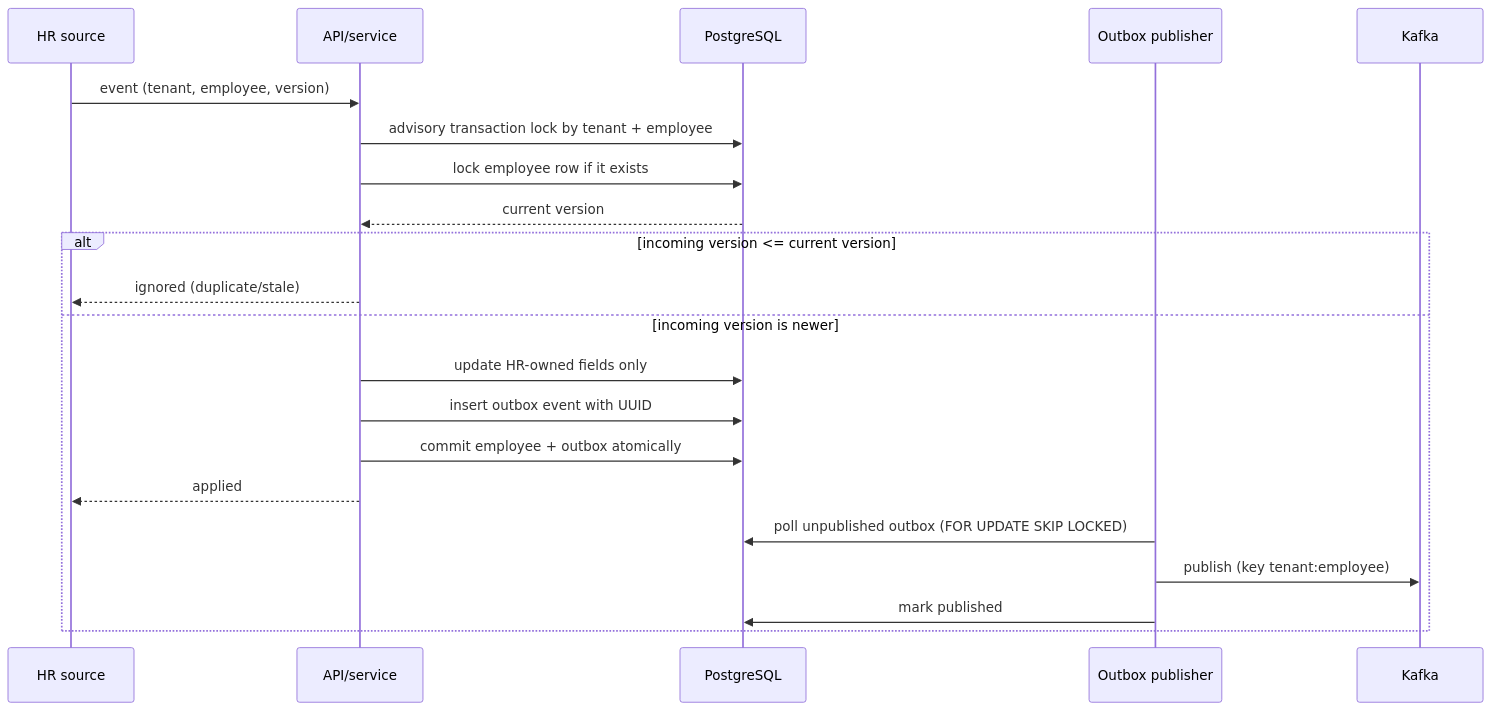
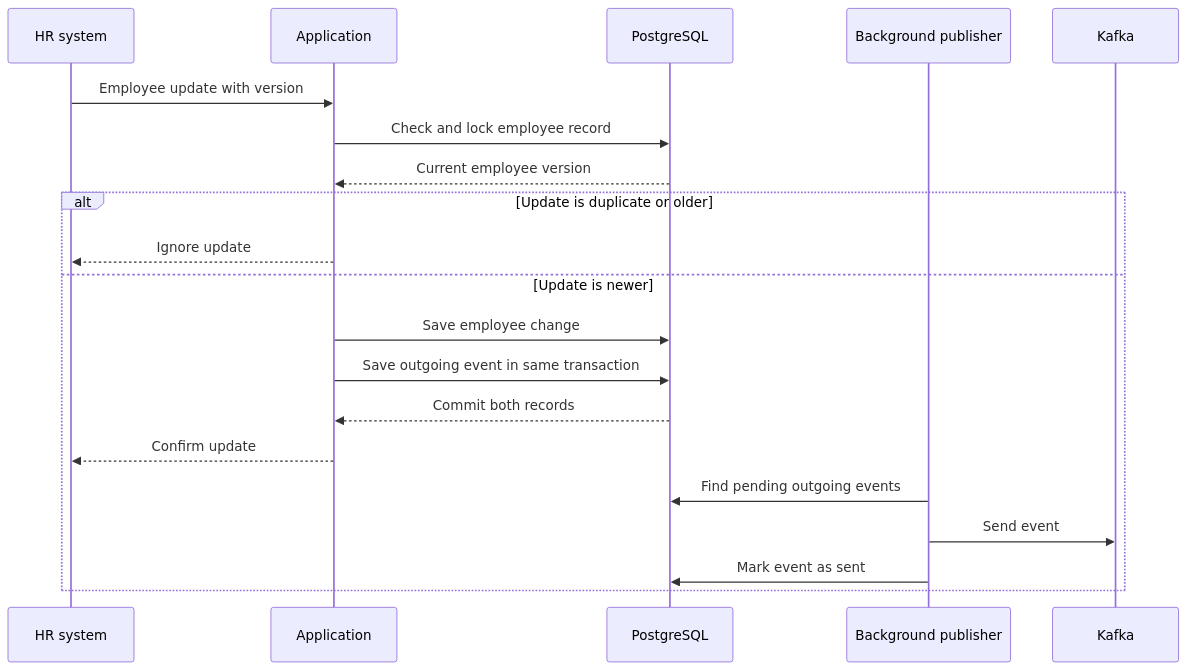
The second of 2 diagrams in docs/DESIGN.md (swetak0911/hr-roster-sync), drawn with Mermaid before and after one commit. The commit also changed other lines of this file, not shown here.

Commit message:
docs: simplify system design explanation

````diff
--- a/docs/DESIGN.md
+++ b/docs/DESIGN.md
@@ -34,23 +120,22 @@
 ```mermaid
 sequenceDiagram
-  participant HR as HR source
-  participant API as API/service
+  participant HR as HR system
+  participant API as Application
   participant DB as PostgreSQL
-  participant P as Outbox publisher
-  participant K as Kafka
-  HR->>API: event (tenant, employee, version)
-  API->>DB: advisory transaction lock by tenant + employee
-  API->>DB: lock employee row if it exists
-  DB-->>API: current version
-  alt incoming version <= current version
-    API-->>HR: ignored (duplicate/stale)
-  else incoming version is newer
-    API->>DB: update HR-owned fields only
-    API->>DB: insert outbox event with UUID
-    API->>DB: commit employee + outbox atomically
-    API-->>HR: applied
-    P->>DB: poll unpublished outbox (FOR UPDATE SKIP LOCKED)
-    P->>K: publish (key tenant:employee)
-    P->>DB: mark published
+  participant Publisher as Background publisher
+  participant Kafka as Kafka
+  HR->>API: Employee update with version
+  API->>DB: Check and lock employee record
+  DB-->>API: Current employee version
+  alt Update is duplicate or older
+    API-->>HR: Ignore update
+  else Update is newer
+    API->>DB: Save employee change
+    API->>DB: Save outgoing event in same transaction
+    DB-->>API: Commit both records
+    API-->>HR: Confirm update
+    Publisher->>DB: Find pending outgoing events
+    Publisher->>Kafka: Send event
+    Publisher->>DB: Mark event as sent
   end
 ```
````
